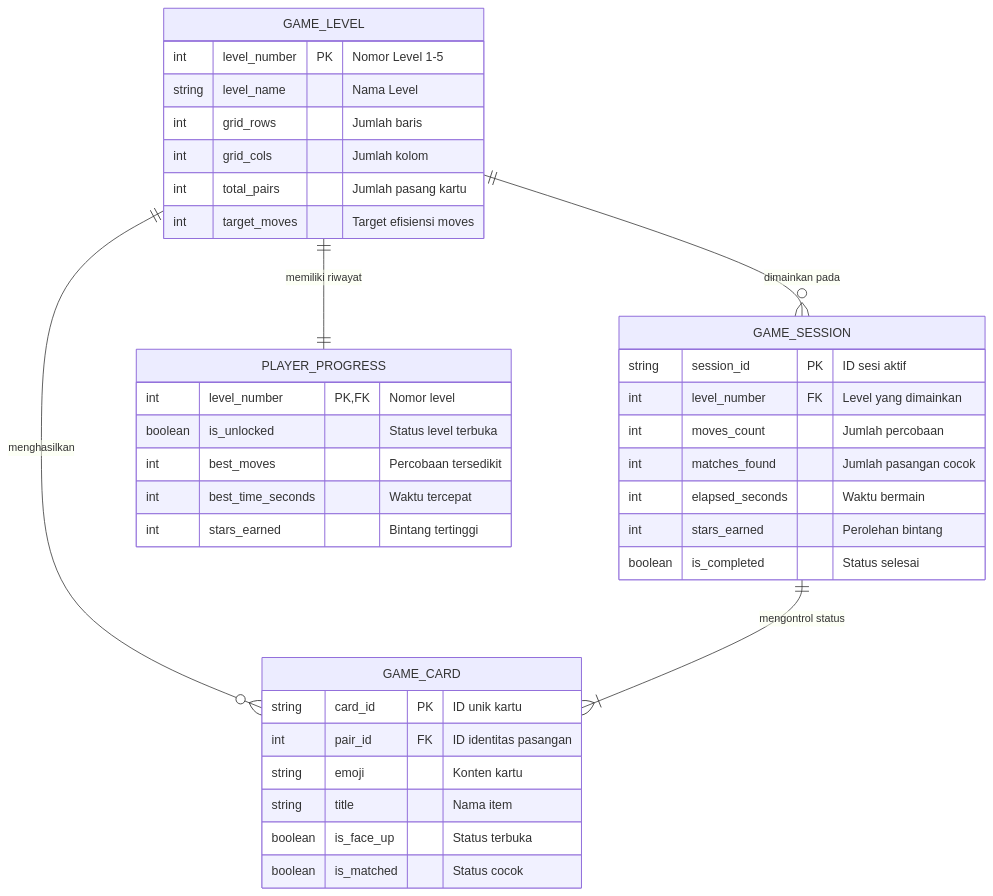
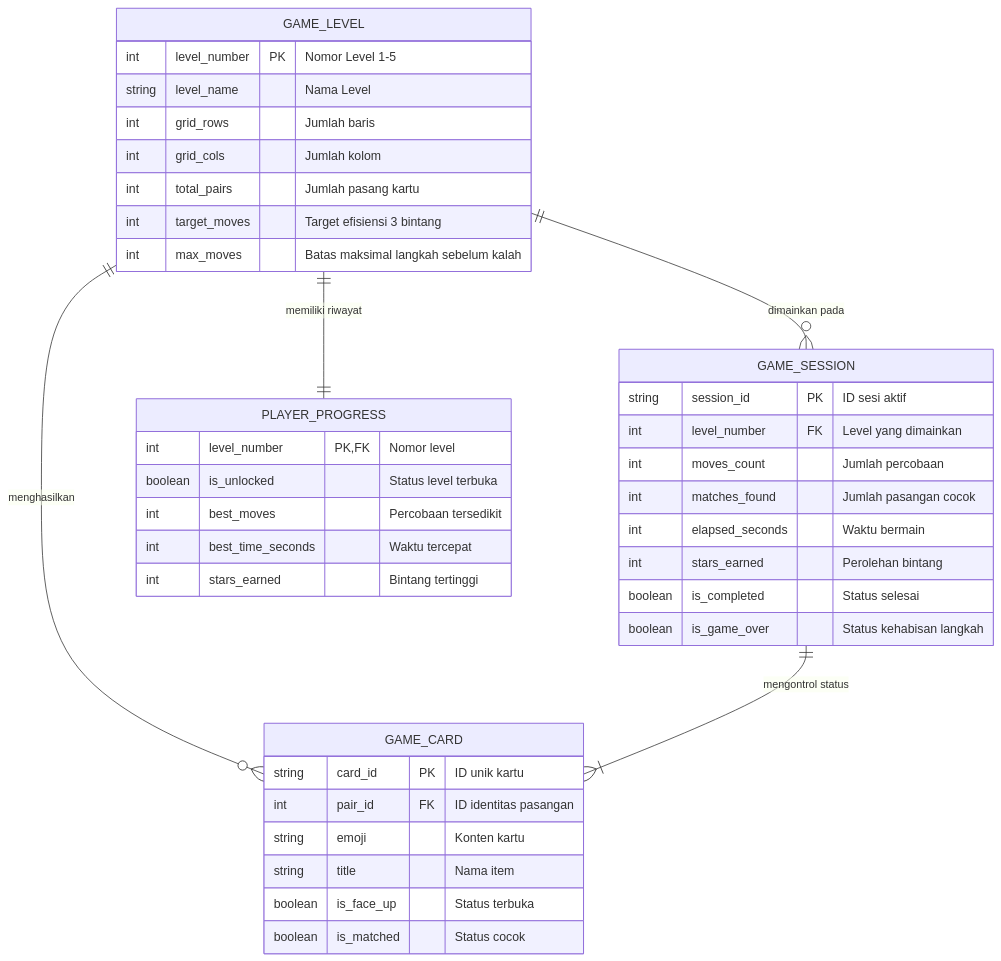
The diagram in README.md (SukaMCD/MEMORY-CARD-GAME), drawn with Mermaid before and after one commit. The commit also changed other lines of this file, not shown here.

Commit message:
docs: update README with splash screen, game over, and dynamic progress bar details

````diff
--- a/README.md
+++ b/README.md
@@ -42,43 +44,45 @@
 ```mermaid
 erDiagram
     GAME_LEVEL ||--o{ GAME_CARD : "menghasilkan"
     GAME_LEVEL ||--o{ GAME_SESSION : "dimainkan pada"
     GAME_LEVEL ||--|| PLAYER_PROGRESS : "memiliki riwayat"
     GAME_SESSION ||--|{ GAME_CARD : "mengontrol status"
 
     GAME_LEVEL {
         int level_number PK "Nomor Level 1-5"
         string level_name "Nama Level"
         int grid_rows "Jumlah baris"
         int grid_cols "Jumlah kolom"
         int total_pairs "Jumlah pasang kartu"
-        int target_moves "Target efisiensi moves"
+        int target_moves "Target efisiensi 3 bintang"
+        int max_moves "Batas maksimal langkah sebelum kalah"
     }
 
     GAME_CARD {
         string card_id PK "ID unik kartu"
         int pair_id FK "ID identitas pasangan"
         string emoji "Konten kartu"
         string title "Nama item"
         boolean is_face_up "Status terbuka"
         boolean is_matched "Status cocok"
     }
 
     GAME_SESSION {
         string session_id PK "ID sesi aktif"
         int level_number FK "Level yang dimainkan"
         int moves_count "Jumlah percobaan"
         int matches_found "Jumlah pasangan cocok"
         int elapsed_seconds "Waktu bermain"
         int stars_earned "Perolehan bintang"
         boolean is_completed "Status selesai"
+        boolean is_game_over "Status kehabisan langkah"
     }
 
     PLAYER_PROGRESS {
         int level_number PK, FK "Nomor level"
         boolean is_unlocked "Status level terbuka"
         int best_moves "Percobaan tersedikit"
         int best_time_seconds "Waktu tercepat"
         int stars_earned "Bintang tertinggi"
     }
 ```
````
